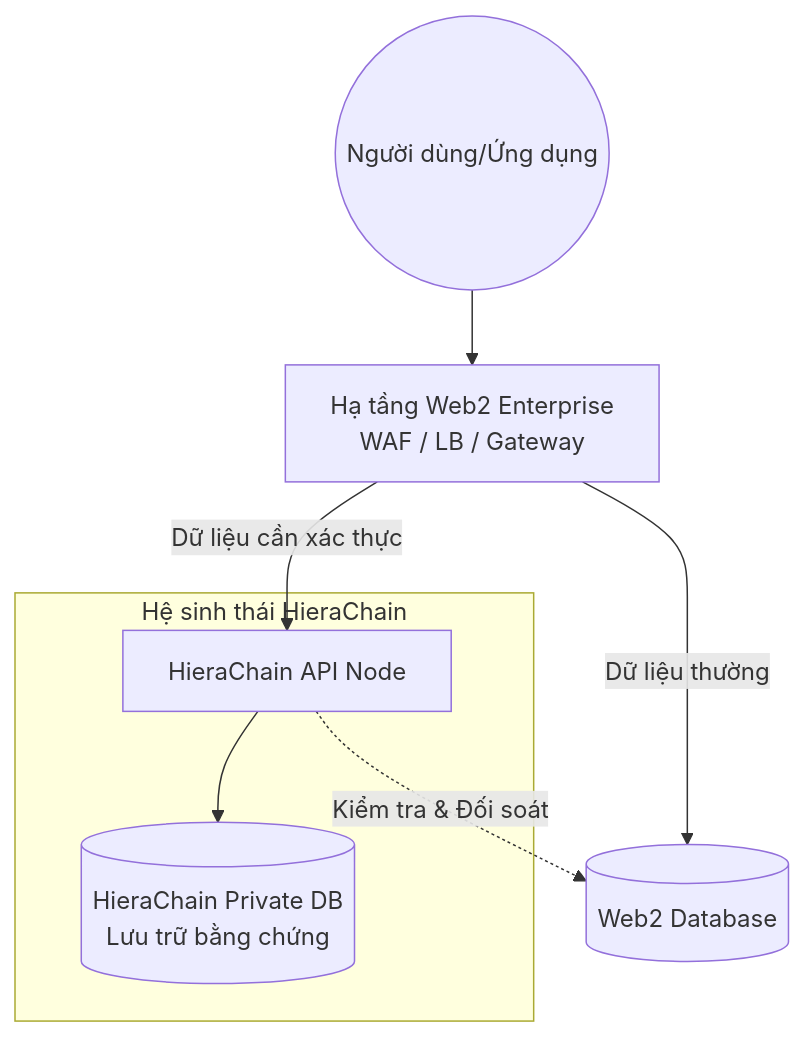
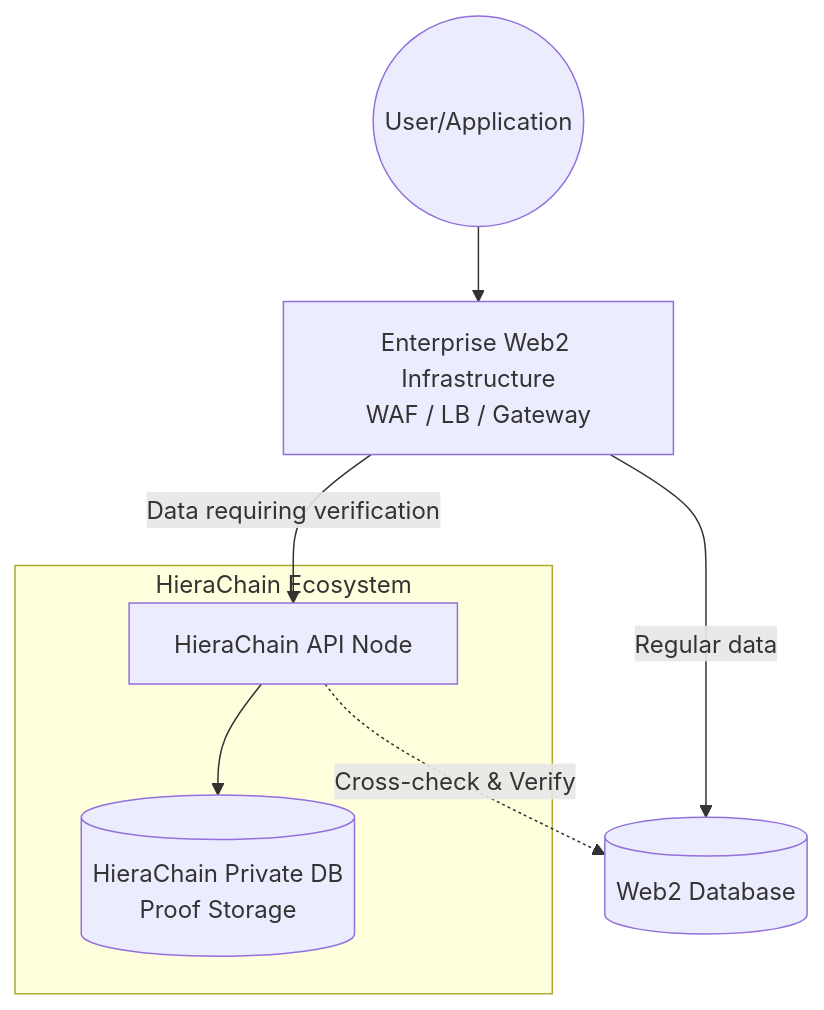
The diagram in docs/vi/guides/http-proxy.md (VanDung-dev/HieraChain), drawn with Mermaid before and after one commit. The commit also changed other lines of this file and 158 other files, not shown here.

````diff
--- a/docs/vi/guides/http-proxy.md
+++ b/docs/vi/guides/http-proxy.md
@@ -22,13 +22,13 @@
 ```mermaid
 graph TD
-    User((Người dùng/Ứng dụng)) --> Web2[Hạ tầng Web2 Enterprise<br/>WAF / LB / Gateway]
-    
-    Web2 -- "Dữ liệu cần xác thực" --> HC[HieraChain API Node]
-    Web2 -- "Dữ liệu thường" --> DB_Web2[(Web2 Database)]
-    
-    subgraph HieraChain_Internal [Hệ sinh thái HieraChain]
-        HC --> DB_HC[(HieraChain Private DB<br/>Lưu trữ bằng chứng)]
+    User((User/Application)) --> Web2[Enterprise Web2 Infrastructure<br/>WAF / LB / Gateway]
+
+    Web2 -- "Data requiring verification" --> HC[HieraChain API Node]
+    Web2 -- "Regular data" --> DB_Web2[(Web2 Database)]
+
+    subgraph HieraChain_Internal [HieraChain Ecosystem]
+        HC --> DB_HC[(HieraChain Private DB<br/>Proof Storage)]
     end
-    
-    HC -. "Kiểm tra & Đối soát" .-> DB_Web2
+
+    HC -. "Cross-check & Verify" .-> DB_Web2
 ```
````
